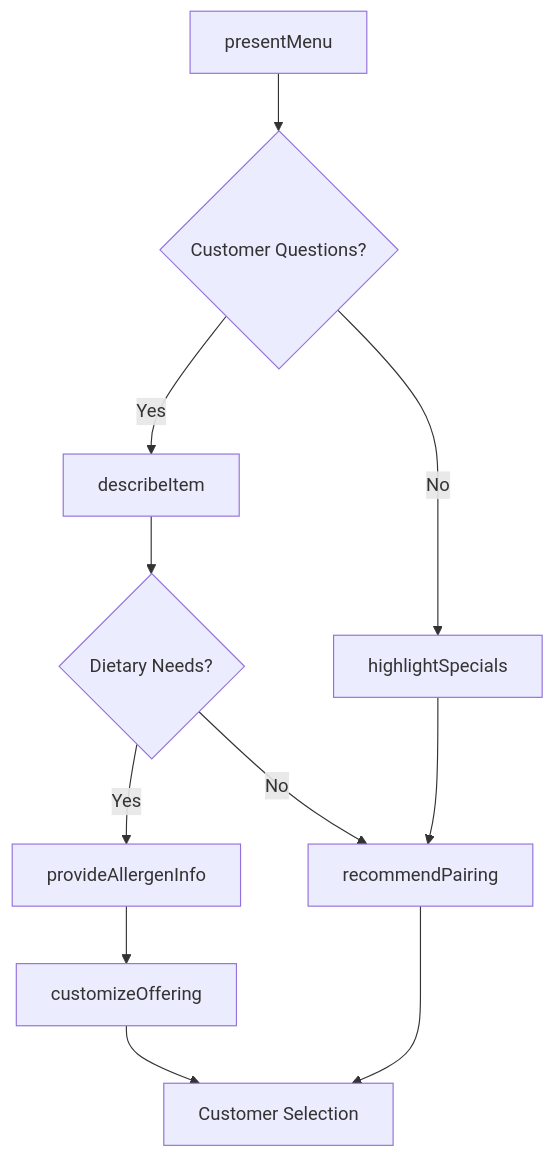
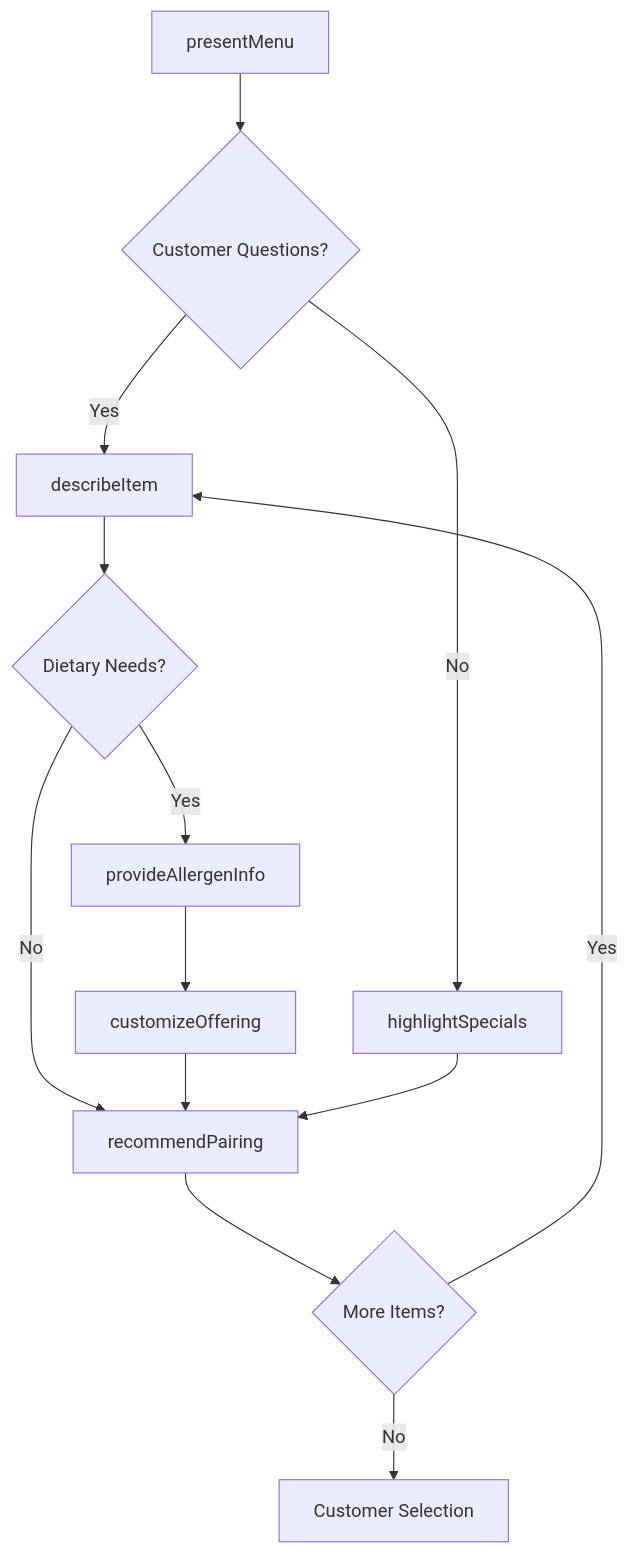
One commit to dot-org-ai/tasks.org.ai changed the third of 4 diagrams in CommunicatingWithPeopleOutsideTheOrganization/ProvideInformationToGuestsClientsOrCustomers/PresentFoodBeverageInformationMenus.mdx. Above: the diagram before and after it, drawn with Mermaid. The commit also changed other lines of this file and 504 other files, not shown here.

First line of the commit message:
feat: Add ER diagrams, state diagrams, and workflow improvements to 96 DWA task files

````diff
--- a/CommunicatingWithPeopleOutsideTheOrganization/ProvideInformationToGuestsClientsOrCustomers/PresentFoodBeverageInformationMenus.mdx
+++ b/CommunicatingWithPeopleOutsideTheOrganization/ProvideInformationToGuestsClientsOrCustomers/PresentFoodBeverageInformationMenus.mdx
@@ -87,13 +114,15 @@
 ```mermaid
 graph TD
     A[presentMenu] --> B{Customer Questions?}
     B -->|Yes| C[describeItem]
     B -->|No| D[highlightSpecials]
     C --> E{Dietary Needs?}
     E -->|Yes| F[provideAllergenInfo]
     E -->|No| G[recommendPairing]
     F --> H[customizeOffering]
-    G --> I[Customer Selection]
-    H --> I
+    H --> G
+    G --> I{More Items?}
+    I -->|Yes| C
+    I -->|No| J[Customer Selection]
     D --> G
 ```
````
